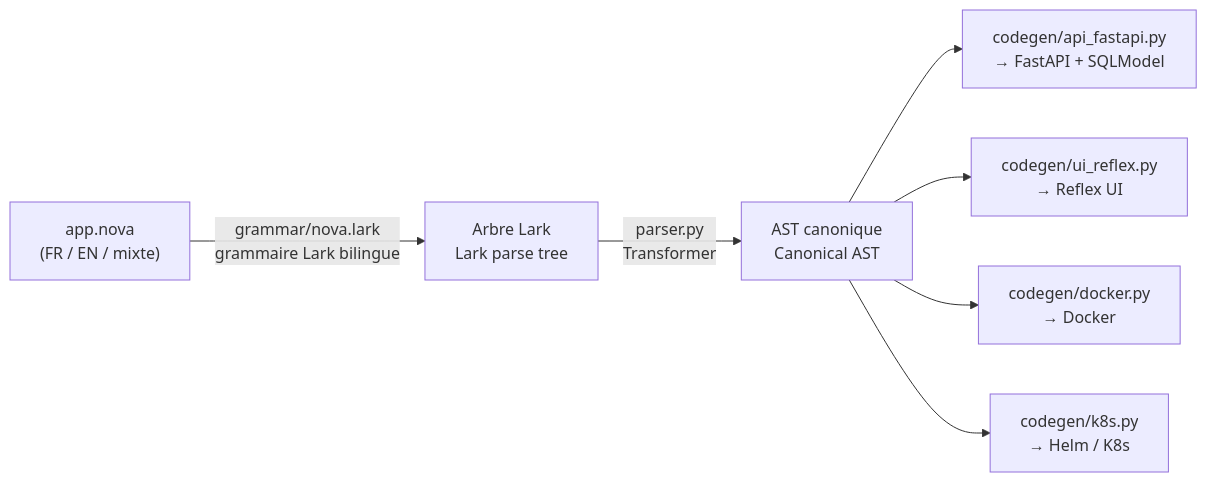
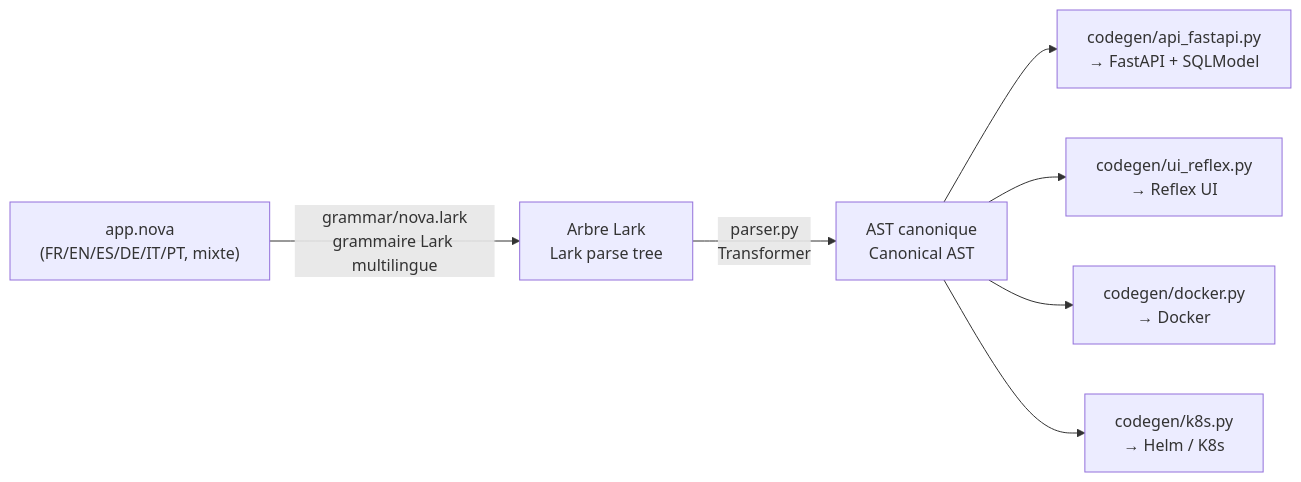
One commit to Encryon/Nova changed the diagram in README.md. Above: the diagram before and after it, drawn with Mermaid. The commit also changed other lines of this file and 1 other file, not shown here.

Commit message:
Corrige en-tete README et hero du site (multilingue, v0.3.0, 36 tests)

````diff
--- a/README.md
+++ b/README.md
@@ -66,9 +66,9 @@
 ```mermaid
 flowchart LR
-    A["app.nova<br/>(FR / EN / mixte)"] -->|"grammar/nova.lark<br/>grammaire Lark bilingue"| B["Arbre Lark<br/>Lark parse tree"]
+    A["app.nova<br/>(FR/EN/ES/DE/IT/PT, mixte)"] -->|"grammar/nova.lark<br/>grammaire Lark multilingue"| B["Arbre Lark<br/>Lark parse tree"]
     B -->|"parser.py<br/>Transformer"| C["AST canonique<br/>Canonical AST"]
     C --> D["codegen/api_fastapi.py<br/>→ FastAPI + SQLModel"]
     C --> E["codegen/ui_reflex.py<br/>→ Reflex UI"]
     C --> F["codegen/docker.py<br/>→ Docker"]
     C --> G["codegen/k8s.py<br/>→ Helm / K8s"]
 ```
````
